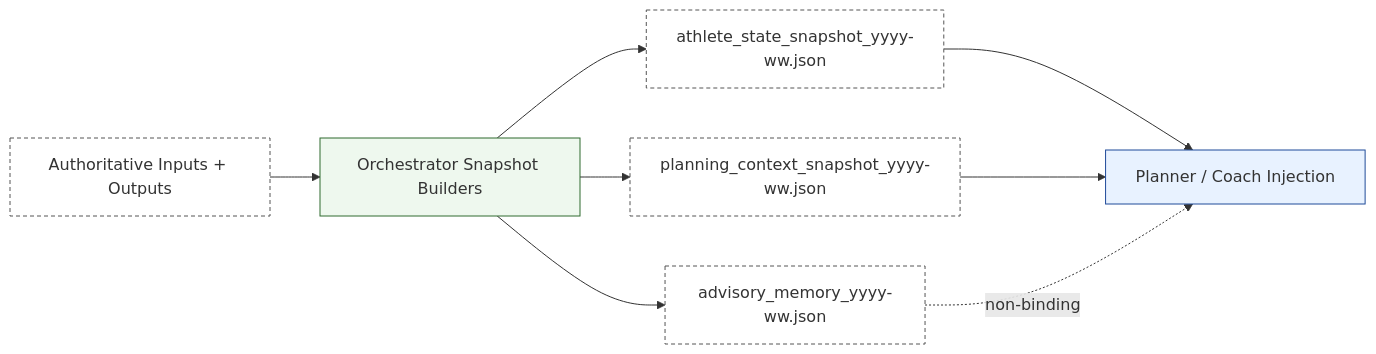
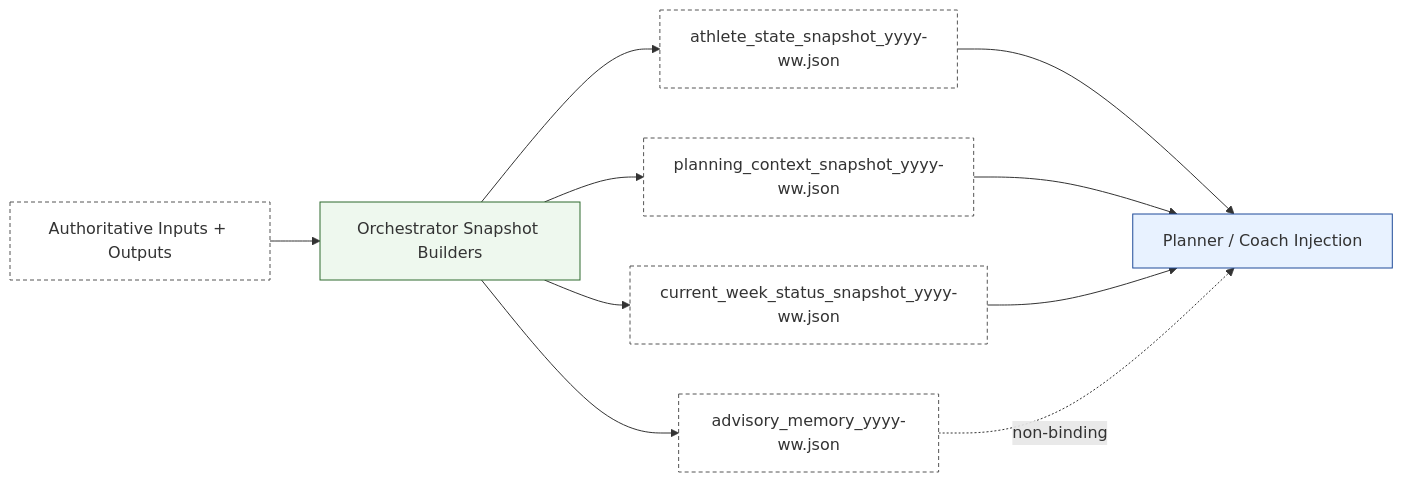
Before and after one commit to albauer-priv/RPS: the sixth of 10 diagrams in doc/overview/artefact_flow.md, drawn with Mermaid. The commit also changed other lines of this file and 22 other files, not shown here.

Commit message:
feat: persist coach current week status snapshot

````diff
--- a/doc/overview/artefact_flow.md
+++ b/doc/overview/artefact_flow.md
@@ -332,14 +336,16 @@
 ```mermaid
 flowchart LR
   SRC["Authoritative Inputs + Outputs"]:::artefact --> ORCH["Orchestrator Snapshot Builders"]:::component
   ORCH --> ASS["athlete_state_snapshot_yyyy-ww.json"]:::artefact
   ORCH --> PCS["planning_context_snapshot_yyyy-ww.json"]:::artefact
+  ORCH --> CWS["current_week_status_snapshot_yyyy-ww.json"]:::artefact
   ORCH --> ADM["advisory_memory_yyyy-ww.json"]:::artefact
   ASS --> PL["Planner / Coach Injection"]:::agent
   PCS --> PL
+  CWS --> PL
   ADM -. non-binding .-> PL
 
   classDef agent fill:#e8f2ff,stroke:#1f4b99,stroke-width:1px;
   classDef artefact fill:#ffffff,stroke:#555,stroke-dasharray: 4 3,stroke-width:1px;
   classDef component fill:#eef8ee,stroke:#2f6b2f,stroke-width:1px;
 ```
````
